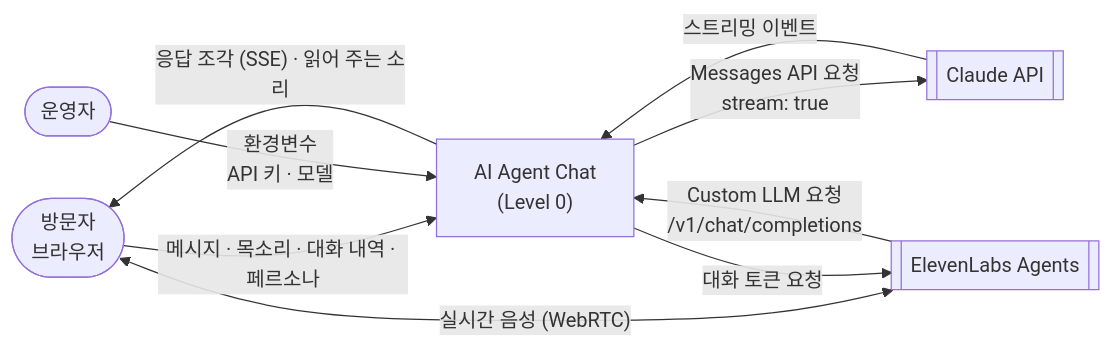
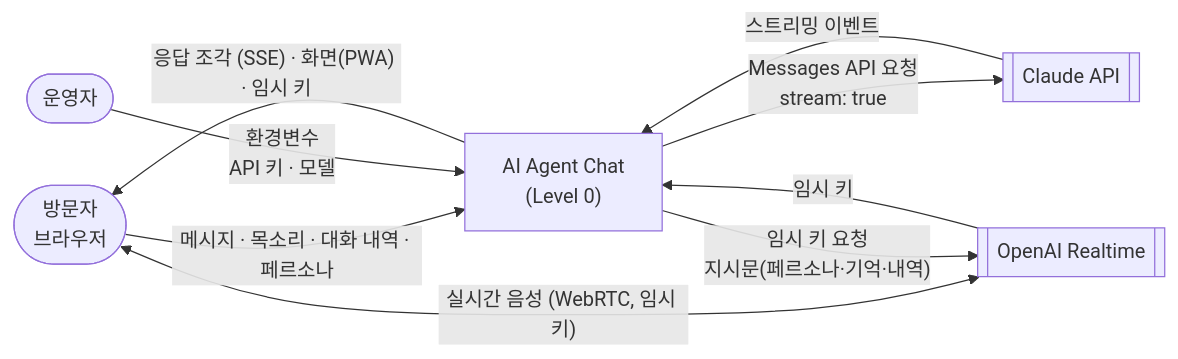
One commit to kimtaesung98/ai-agent-chat-demo changed the diagram in README.md. Above: the diagram before and after it, drawn with Mermaid. The commit also changed other lines of this file and 135 other files, not shown here.

First line of the commit message:
F-024·F-025 6-④: ElevenLabs·기기 음성·네이티브 코드 정리

````diff
--- a/README.md
+++ b/README.md
@@ -45,11 +43,11 @@
 ```mermaid
 flowchart LR
     User([방문자<br>브라우저]) -->|"메시지 · 목소리 · 대화 내역 · 페르소나"| System["AI Agent Chat<br>(Level 0)"]
-    System -->|"응답 조각 (SSE) · 읽어 주는 소리"| User
+    System -->|"응답 조각 (SSE) · 화면(PWA) · 임시 키"| User
     Operator([운영자]) -->|"환경변수<br>API 키 · 모델"| System
     System -->|"Messages API 요청<br>stream: true"| Claude[[Claude API]]
     Claude -->|"스트리밍 이벤트"| System
-    User <-->|"실시간 음성 (WebRTC)"| Eleven[[ElevenLabs Agents]]
-    System -->|"대화 토큰 요청"| Eleven
-    Eleven -->|"Custom LLM 요청<br>/v1/chat/completions"| System
+    User <-->|"실시간 음성 (WebRTC, 임시 키)"| OpenAI[[OpenAI Realtime]]
+    System -->|"임시 키 요청<br>지시문(페르소나·기억·내역)"| OpenAI
+    OpenAI -->|"임시 키"| System
 ```
````
